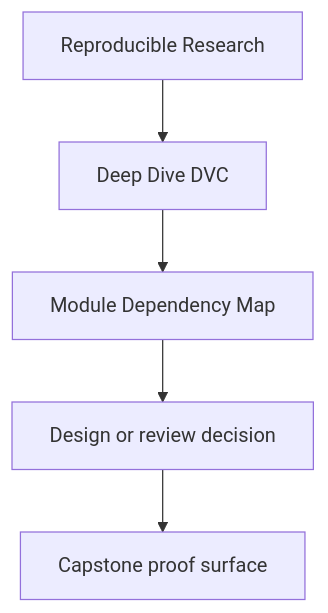
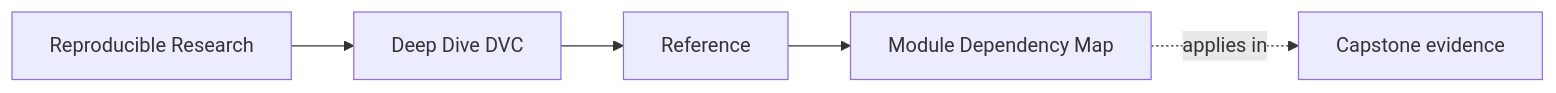
Before and after one commit to bijux/bijux-masterclass: the first of 3 diagrams in programs/reproducible-research/deep-dive-dvc/course-book/reference/module-dependency-map.md, drawn with Mermaid. The commit also changed other lines of this file and 90 other files, not shown here.

Commit message:
docs(deep-dive-dvc): map publication and recovery review surfaces

````diff
--- a/programs/reproducible-research/deep-dive-dvc/course-book/reference/module-dependency-map.md
+++ b/programs/reproducible-research/deep-dive-dvc/course-book/reference/module-dependency-map.md
@@ -7,7 +7,11 @@
 ```mermaid
-flowchart TD
-  family["Reproducible Research"] --> program["Deep Dive DVC"]
-  program --> reference["Module Dependency Map"]
-  reference --> review["Design or review decision"]
-  review --> capstone["Capstone proof surface"]
+graph LR
+  family["Reproducible Research"]
+  program["Deep Dive DVC"]
+  section["Reference"]
+  page["Module Dependency Map"]
+  capstone["Capstone evidence"]
+
+  family --> program --> section --> page
+  page -.applies in.-> capstone
 ```
````
